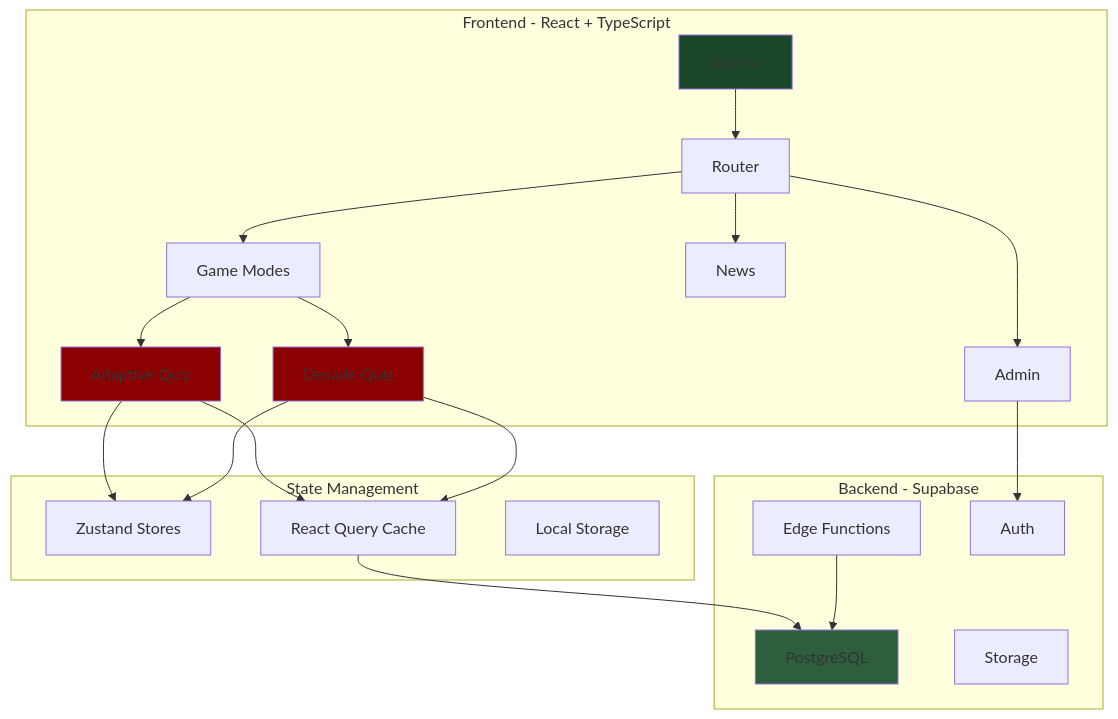
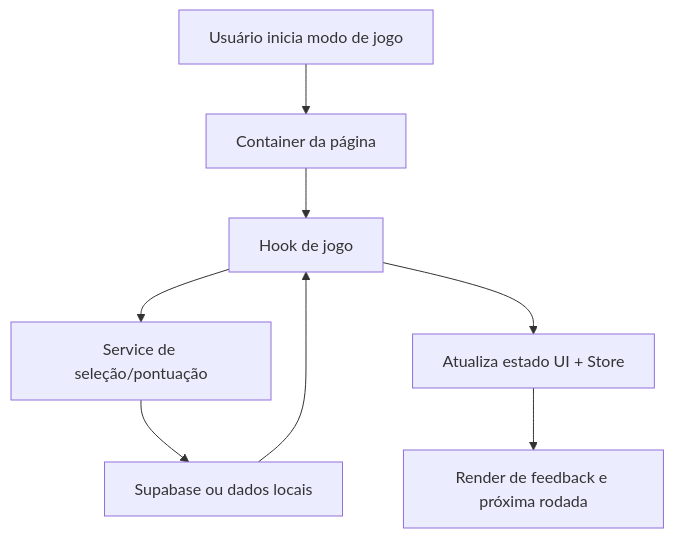
The diagram in docs/ARCHITECTURE.md (neigirao/flulegendarium), drawn with Mermaid before and after one commit. The commit also changed other lines of this file and 4 other files, not shown here.

````diff
--- a/docs/ARCHITECTURE.md
+++ b/docs/ARCHITECTURE.md
@@ -9,37 +17,10 @@
 ```mermaid
-graph TB
-    subgraph "Frontend - React + TypeScript"
-        A[App.tsx] --> B[Router]
-        B --> C[Game Modes]
-        B --> D[Admin]
-        B --> E[News]
-        C --> F[Adaptive Quiz]
-        C --> G[Decade Quiz]
-    end
-    
-    subgraph "State Management"
-        H[Zustand Stores]
-        I[React Query Cache]
-        J[Local Storage]
-    end
-    
-    subgraph "Backend - Supabase"
-        K[PostgreSQL]
-        L[Edge Functions]
-        M[Storage]
-        N[Auth]
-    end
-    
-    F --> H
-    G --> H
-    F --> I
-    G --> I
-    I --> K
-    L --> K
-    D --> N
-    
-    style A fill:#1a472a
-    style K fill:#2d5f3f
-    style F fill:#8b0000
-    style G fill:#8b0000
+flowchart TD
+    A[Usuário inicia modo de jogo] --> B[Container da página]
+    B --> C[Hook de jogo]
+    C --> D[Service de seleção/pontuação]
+    D --> E[Supabase ou dados locais]
+    E --> C
+    C --> F[Atualiza estado UI + Store]
+    F --> G[Render de feedback e próxima rodada]
 ```
````
